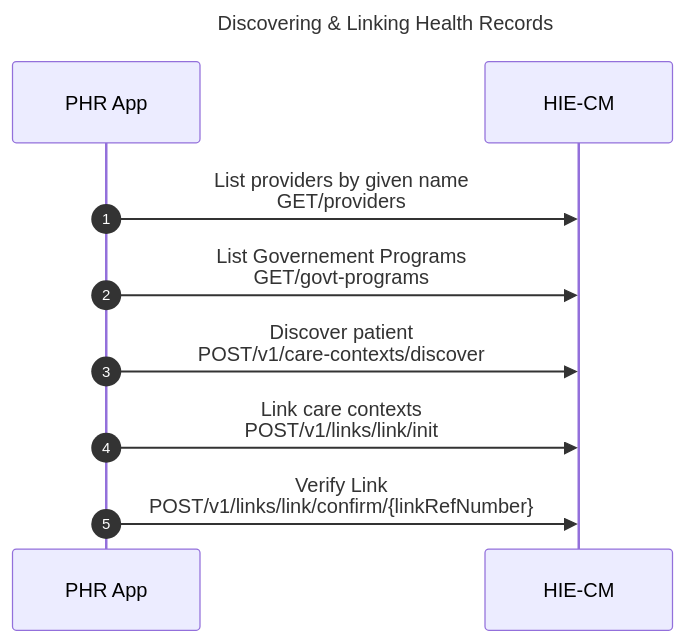
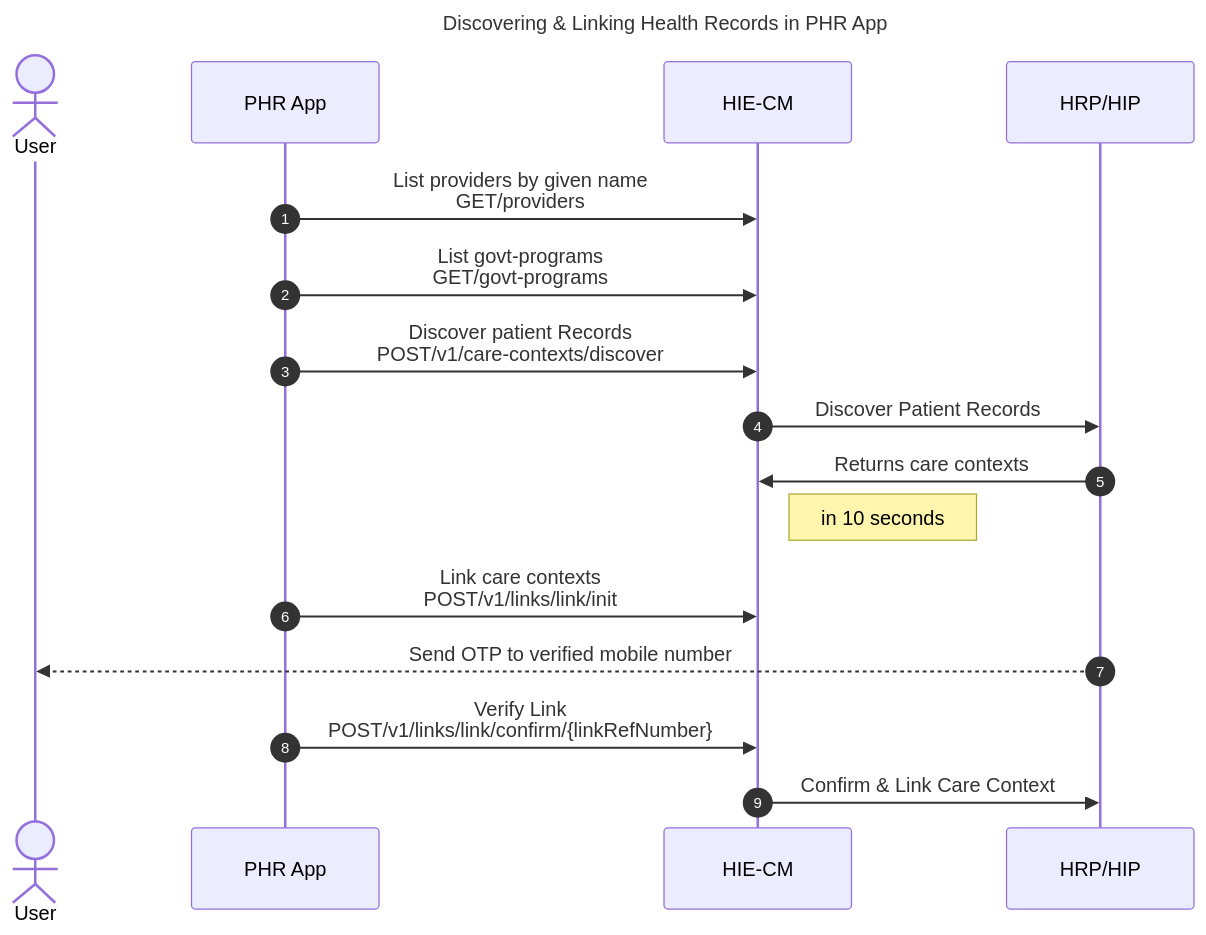
One commit to kiranma72/abdm-docs changed the diagram in content/5-building-a-phr-app/discovery-linking-records.md. Above: the diagram before and after it, drawn with Mermaid. The commit also changed 5 other files, not shown here.

```diff
--- a/content/5-building-a-phr-app/discovery-linking-records.md
+++ b/content/5-building-a-phr-app/discovery-linking-records.md
@@ -75,10 +75,16 @@
 {{< mermaid >}}
 %%{init:{"fontSize": "1.0rem", "sequence":{"showSequenceNumbers":true}}}%%
 sequenceDiagram
-title Discovering & Linking Health Records
+title Discovering & Linking Health Records in PHR App
+actor User
 PHR App->>HIE-CM: List providers by given name <br/> GET/providers
-PHR App->>HIE-CM: List Governement Programs <br/> GET/govt-programs
-PHR App->>HIE-CM: Discover patient <br/> POST/v1/care-contexts/discover
+PHR App->>HIE-CM: List govt-programs <br/> GET/govt-programs
+PHR App->>HIE-CM: Discover patient Records <br/> POST/v1/care-contexts/discover 
+HIE-CM->>HRP/HIP:Discover Patient Records
+HRP/HIP->>HIE-CM:Returns care contexts
+note right of HIE-CM: in 10 seconds
 PHR App->>HIE-CM: Link care contexts <br/> POST/v1/links/link/init
+HRP/HIP-->>User: Send OTP to verified mobile number
 PHR App->>HIE-CM: Verify Link <br/> POST/v1/links/link/confirm/{linkRefNumber}
+HIE-CM->>HRP/HIP: Confirm & Link Care Context
 {{< /mermaid >}}
```
